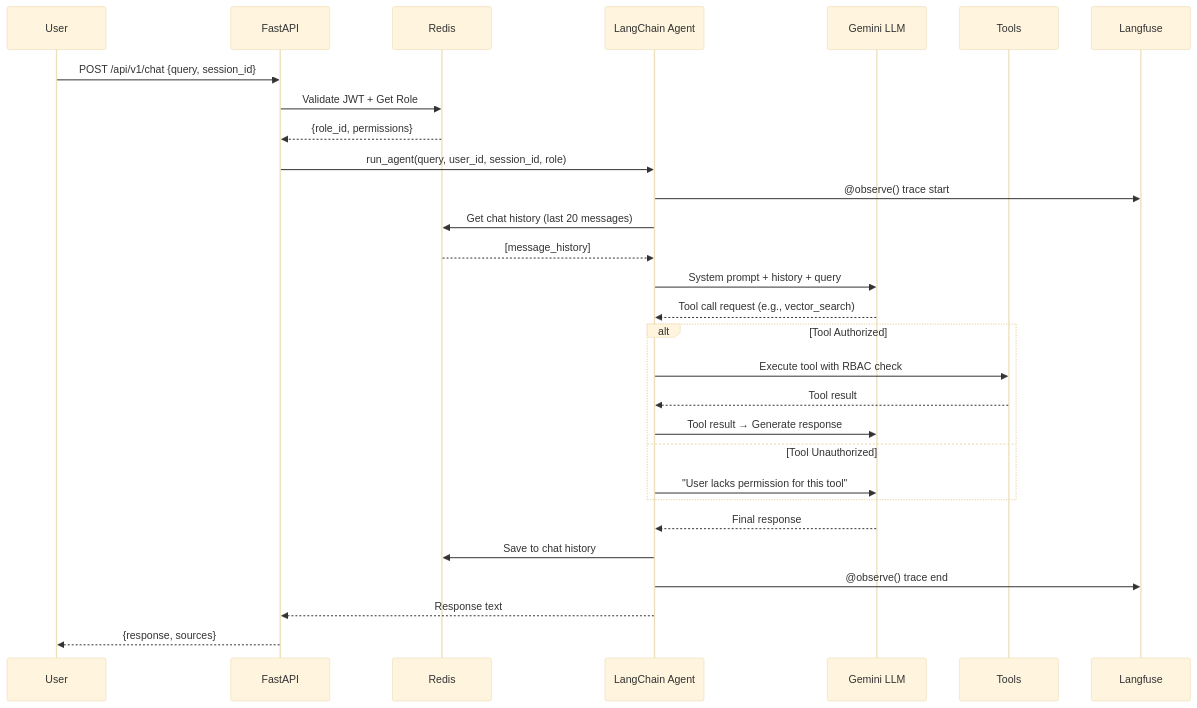
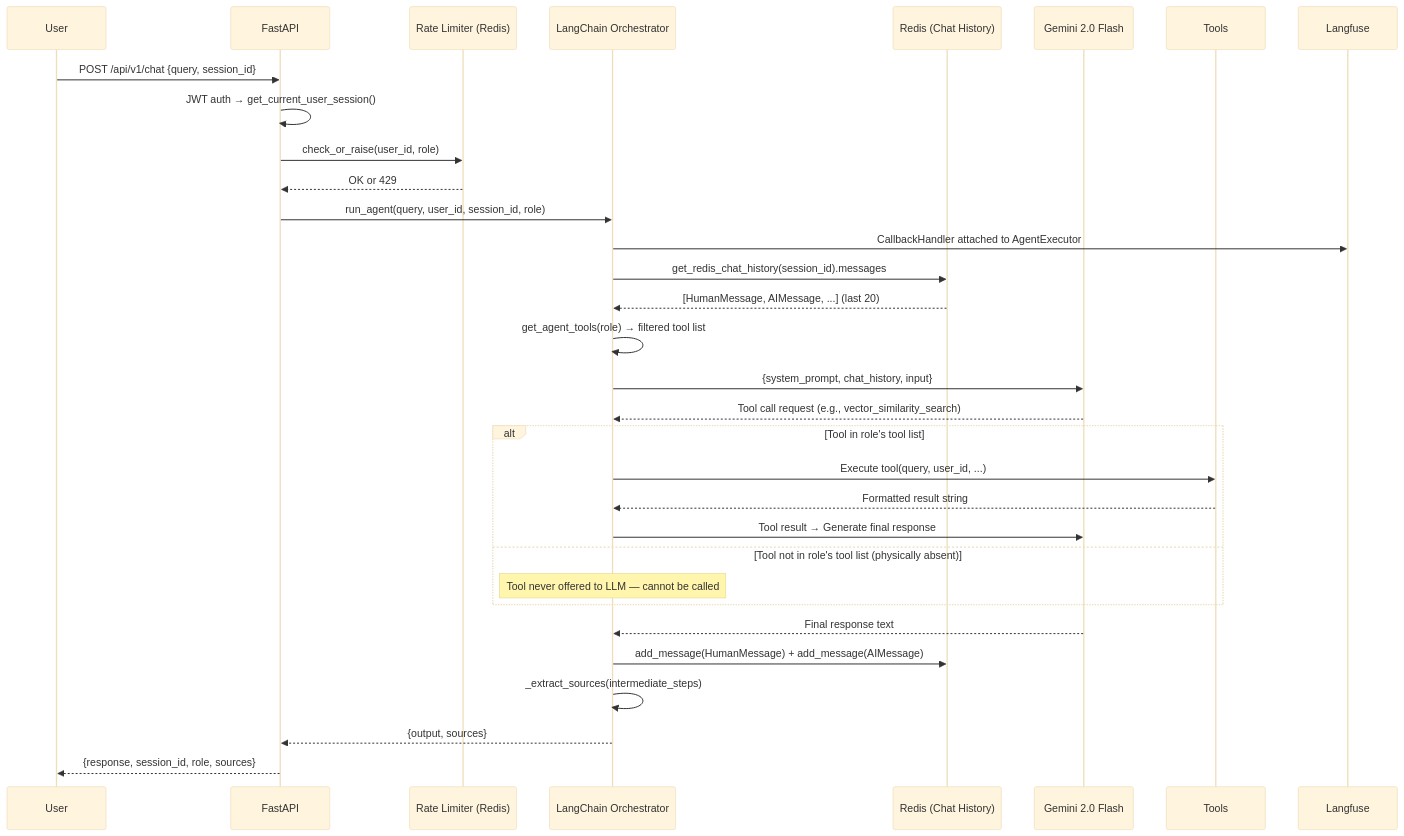
Before and after one commit to AkshatTilak/agent_buildable_base: the diagram in references/logic/agent_flow.md, drawn with Mermaid (base theme). The commit also changed other lines of this file and 28 other files, not shown here.

Commit message:
feat: initialize project documentation and task architecture for database, auth, and agent orchestration

````diff
--- a/references/logic/agent_flow.md
+++ b/references/logic/agent_flow.md
@@ -5,34 +7,37 @@
 ```mermaid
 sequenceDiagram
     participant U as User
     participant FA as FastAPI
-    participant RD as Redis
-    participant AG as LangChain Agent
-    participant LLM as Gemini LLM
+    participant RL as Rate Limiter (Redis)
+    participant AG as LangChain Orchestrator
+    participant RD as Redis (Chat History)
+    participant LLM as Gemini 2.0 Flash
     participant T as Tools
     participant LFU as Langfuse
 
     U->>FA: POST /api/v1/chat {query, session_id}
-    FA->>RD: Validate JWT + Get Role
-    RD-->>FA: {role_id, permissions}
+    FA->>FA: JWT auth → get_current_user_session()
+    FA->>RL: check_or_raise(user_id, role)
+    RL-->>FA: OK or 429
     FA->>AG: run_agent(query, user_id, session_id, role)
-    AG->>LFU: @observe() trace start
-    AG->>RD: Get chat history (last 20 messages)
-    RD-->>AG: [message_history]
-    AG->>LLM: System prompt + history + query
-    LLM-->>AG: Tool call request (e.g., vector_search)
+    AG->>LFU: CallbackHandler attached to AgentExecutor
+    AG->>RD: get_redis_chat_history(session_id).messages
+    RD-->>AG: [HumanMessage, AIMessage, ...] (last 20)
+    AG->>AG: get_agent_tools(role) → filtered tool list
+    AG->>LLM: {system_prompt, chat_history, input}
+    LLM-->>AG: Tool call request (e.g., vector_similarity_search)
 
-    alt Tool Authorized
-        AG->>T: Execute tool with RBAC check
-        T-->>AG: Tool result
-        AG->>LLM: Tool result → Generate response
-    else Tool Unauthorized
-        AG->>LLM: "User lacks permission for this tool"
+    alt Tool in role's tool list
+        AG->>T: Execute tool(query, user_id, ...)
+        T-->>AG: Formatted result string
+        AG->>LLM: Tool result → Generate final response
+    else Tool not in role's tool list (physically absent)
+        Note over AG: Tool never offered to LLM — cannot be called
     end
 
-    LLM-->>AG: Final response
-    AG->>RD: Save to chat history
-    AG->>LFU: @observe() trace end
-    AG-->>FA: Response text
-    FA-->>U: {response, sources}
+    LLM-->>AG: Final response text
+    AG->>RD: add_message(HumanMessage) + add_message(AIMessage)
+    AG->>AG: _extract_sources(intermediate_steps)
+    AG-->>FA: {output, sources}
+    FA-->>U: {response, session_id, role, sources}
 ```
````
